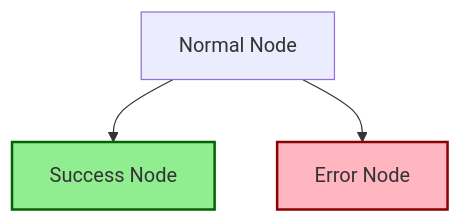
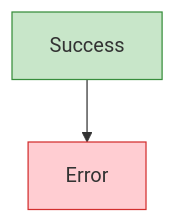
One commit to majesticlabs-dev/majestic-marketplace changed the sixth of 6 diagrams in plugins/majestic-engineer/skills/mermaid-builder/SKILL.md. Above: the diagram before and after it, drawn with Mermaid. The commit also changed other lines of this file and 11 other files, not shown here.

````diff
--- a/plugins/majestic-engineer/skills/mermaid-builder/SKILL.md
+++ b/plugins/majestic-engineer/skills/mermaid-builder/SKILL.md
@@ -326,15 +119,10 @@
 ```mermaid
 flowchart TD
-    A["Normal Node"]
-    B["Success Node"]
-    C["Error Node"]
+    A["Success"] --> B["Error"]
 
-    A --> B
-    A --> C
+    classDef successStyle fill:#C8E6C9,stroke:#388E3C
+    classDef errorStyle fill:#FFCDD2,stroke:#D32F2F
 
-    classDef successStyle fill:#90EE90,stroke:#006400,stroke-width:2px
-    classDef errorStyle fill:#FFB6C1,stroke:#8B0000,stroke-width:2px
-
-    class B successStyle
-    class C errorStyle
+    class A successStyle
+    class B errorStyle
 ```
````
